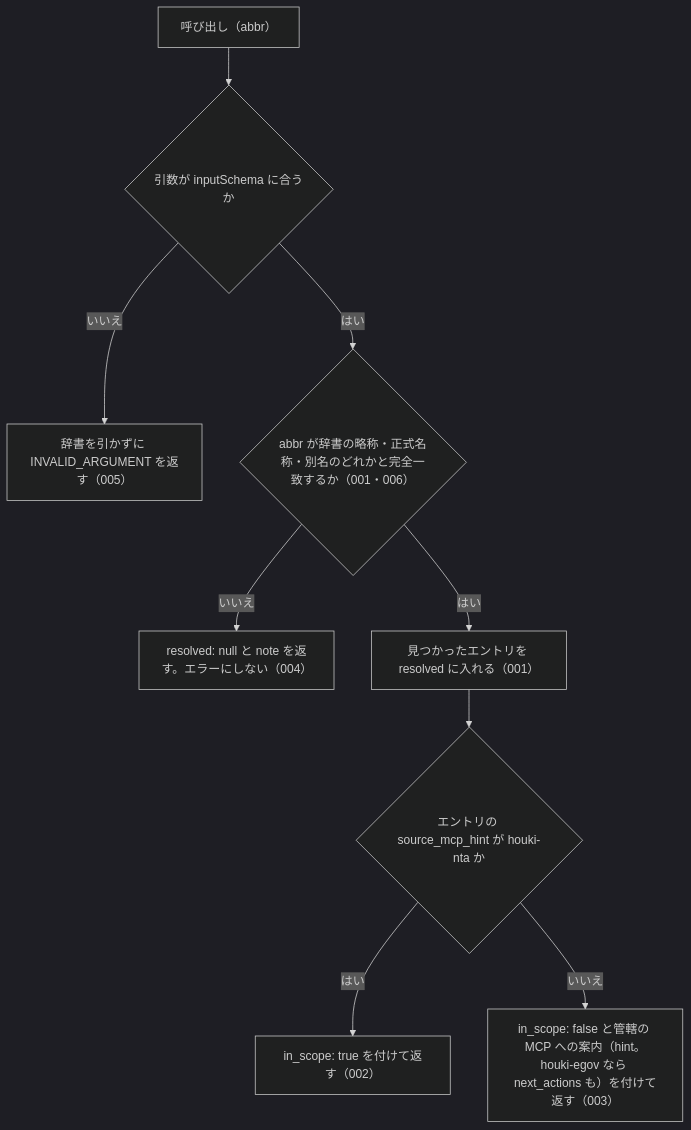
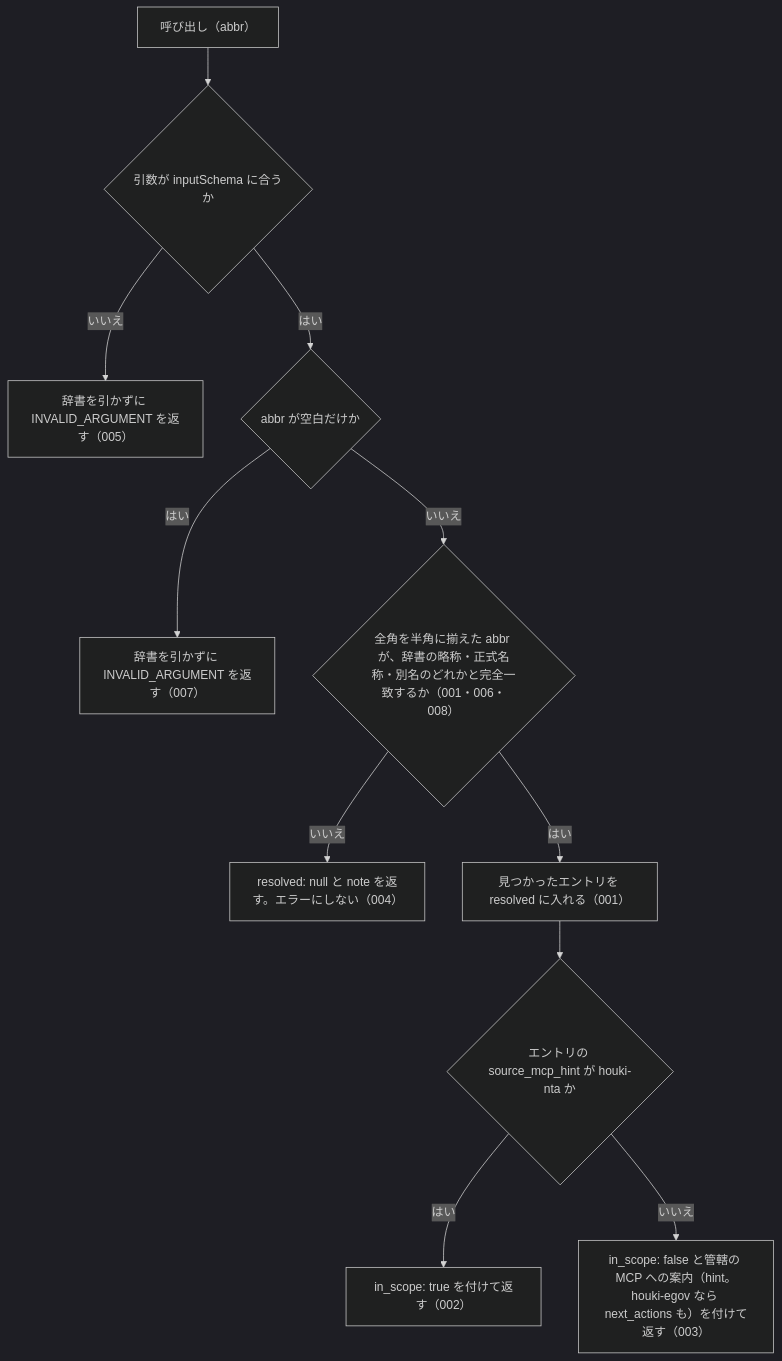
Before and after one commit to shuji-bonji/houki-nta-mcp: the diagram in specs/current/resolve_abbreviation/spec.md, drawn with Mermaid (dark theme). The commit also changed 13 other files, not shown here.

````diff
--- a/specs/current/resolve_abbreviation/spec.md
+++ b/specs/current/resolve_abbreviation/spec.md
@@ -26,11 +26,13 @@
 ```mermaid
 flowchart TD
   A["呼び出し（abbr）"] --> B{"引数が inputSchema に合うか"}
   B -- いいえ --> E1["辞書を引かずに INVALID_ARGUMENT を返す（005）"]
-  B -- はい --> C{"abbr が辞書の略称・正式名称・別名のどれかと完全一致するか（001・006）"}
+  B -- はい --> W{"abbr が空白だけか"}
+  W -- はい --> E0["辞書を引かずに INVALID_ARGUMENT を返す（007）"]
+  W -- いいえ --> C{"全角を半角に揃えた abbr が、辞書の略称・正式名称・別名のどれかと完全一致するか（001・006・008）"}
   C -- いいえ --> E2["resolved: null と note を返す。エラーにしない（004）"]
   C -- はい --> D["見つかったエントリを resolved に入れる（001）"]
   D --> F{"エントリの source_mcp_hint が houki-nta か"}
   F -- はい --> G["in_scope: true を付けて返す（002）"]
   F -- いいえ --> H["in_scope: false と管轄の MCP への案内（hint。houki-egov なら next_actions も）を付けて返す（003）"]
 ```
````
